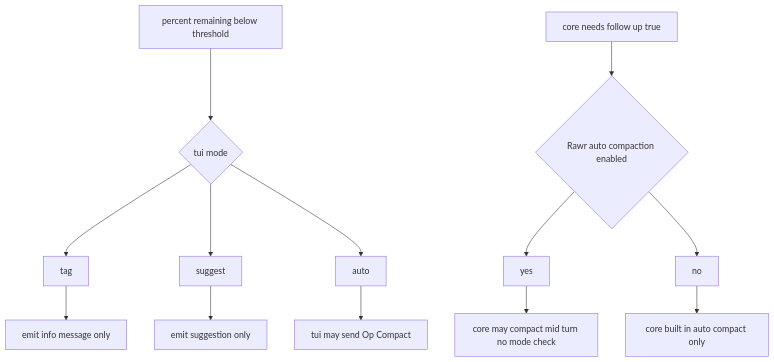
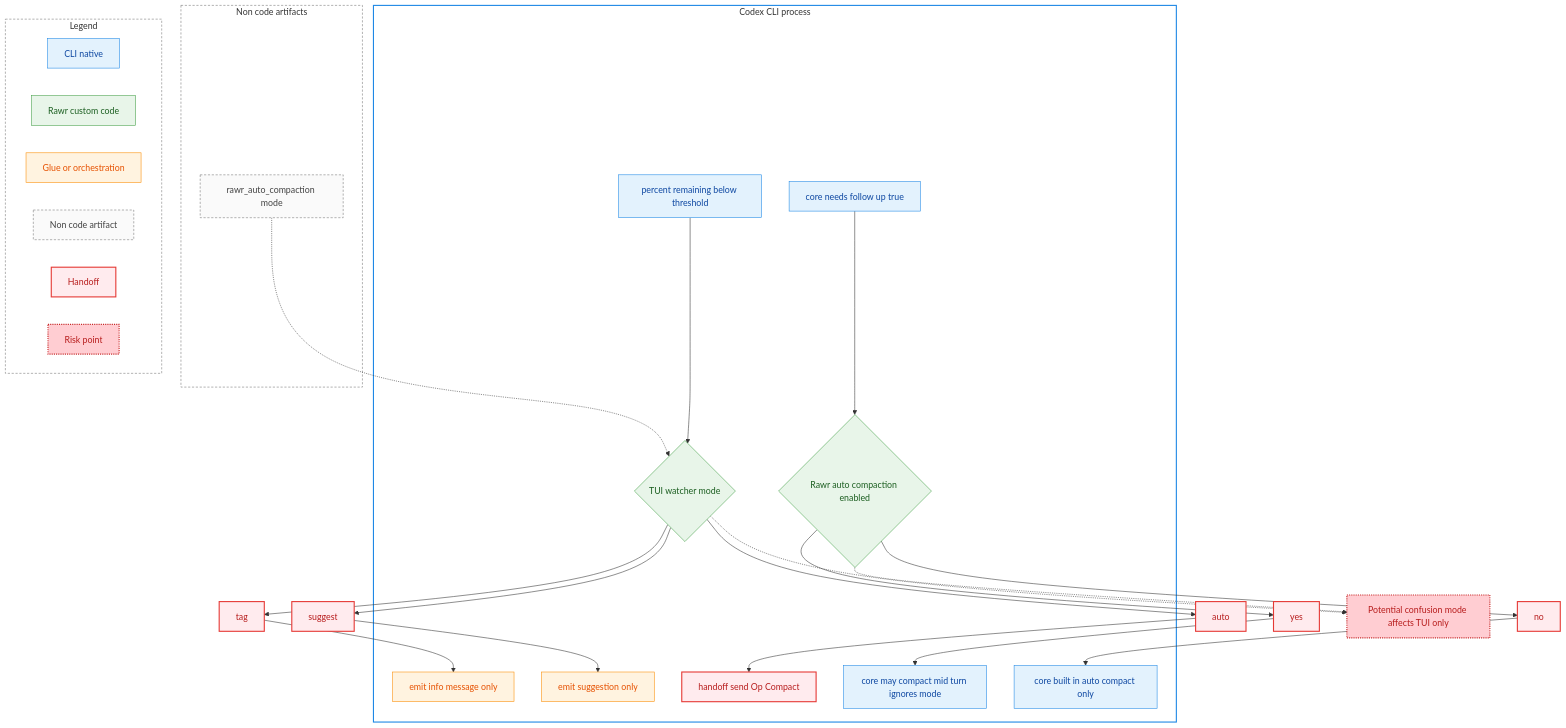
Before and after one commit to rawr-ai/codex: the third of 9 diagrams in rawr/issues/ISSUE-auto-compaction-handoff-workflow.md, drawn with Mermaid. The commit also changed other lines of this file, not shown here.

Commit message:
docs(rawr): annotate workflows with responsibilities

````diff
--- a/rawr/issues/ISSUE-auto-compaction-handoff-workflow.md
+++ b/rawr/issues/ISSUE-auto-compaction-handoff-workflow.md
@@ -134,16 +253,69 @@
 ```mermaid
 graph TD
-  A[percent remaining below threshold] --> B{tui mode}
-  B --> B_tag[tag]
-  B_tag --> C[emit info message only]
-  B --> B_suggest[suggest]
-  B_suggest --> D[emit suggestion only]
-  B --> B_auto[auto]
-  B_auto --> E[tui may send Op Compact]
+  subgraph ART[Non code artifacts]
+    CFG2[rawr_auto_compaction mode]
+  end
 
-  F[core needs follow up true] --> G{Rawr auto compaction enabled}
-  G --> G_yes[yes]
-  G_yes --> H[core may compact mid turn no mode check]
-  G --> G_no[no]
-  G_no --> I[core built in auto compact only]
+  subgraph CLI[Codex CLI process]
+    A[percent remaining below threshold]
+
+    B{TUI watcher mode}
+    C[emit info message only]
+    D[emit suggestion only]
+    E[handoff send Op Compact]
+
+    F[core needs follow up true]
+    G{Rawr auto compaction enabled}
+    H[core may compact mid turn ignores mode]
+    I[core built in auto compact only]
+  end
+
+  CFG2 -.-> B
+  A --> B
+  B --> B_tag[tag] --> C
+  B --> B_suggest[suggest] --> D
+  B --> B_auto[auto] --> E
+
+  F --> G
+  G --> G_yes[yes] --> H
+  G --> G_no[no] --> I
+
+  R3[Potential confusion mode affects TUI only]
+  B -.-> R3
+  G -.-> R3
+
+  subgraph Legend[Legend]
+    L1[CLI native]
+    L2[Rawr custom code]
+    L3[Glue or orchestration]
+    L4[Non code artifact]
+    L5[Handoff]
+    L6[Risk point]
+  end
+
+  classDef native fill:#E3F2FD,stroke:#1E88E5,color:#0D47A1;
+  classDef custom fill:#E8F5E9,stroke:#43A047,color:#1B5E20;
+  classDef customFn fill:#C8E6C9,stroke:#2E7D32,stroke-width:2px,color:#1B5E20;
+  classDef glue fill:#FFF3E0,stroke:#FB8C00,color:#E65100;
+  classDef artifact fill:#FAFAFA,stroke:#757575,stroke-dasharray:4 3,color:#424242;
+  classDef handoff fill:#FFEBEE,stroke:#E53935,stroke-width:2px,color:#B71C1C;
+  classDef risk fill:#FFCDD2,stroke:#C62828,stroke-width:2px,stroke-dasharray:2 2,color:#B71C1C;
+
+  class A,F,H,I native;
+  class B,G custom;
+  class C,D glue;
+  class E,B_tag,B_suggest,B_auto,G_yes,G_no handoff;
+  class CFG2 artifact;
+  class R3 risk;
+
+  class L1 native;
+  class L2 custom;
+  class L3 glue;
+  class L4 artifact;
+  class L5 handoff;
+  class L6 risk;
+
+  style CLI fill:#ffffff,stroke:#1E88E5,stroke-width:2px;
+  style ART fill:#ffffff,stroke:#757575,stroke-width:1px,stroke-dasharray:4 3;
+  style Legend fill:#ffffff,stroke:#757575,stroke-width:1px,stroke-dasharray:4 3;
 ```
````
